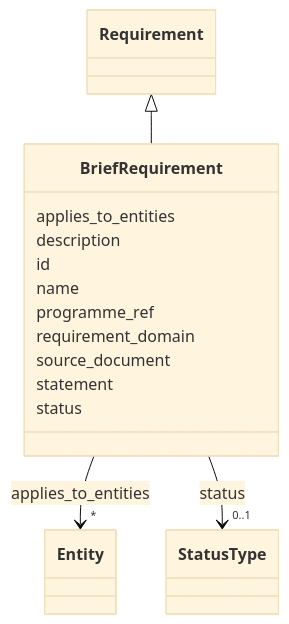
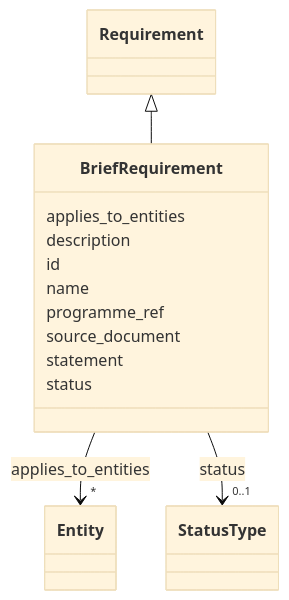
One commit to simondilhas/pragmatic-bim-schema changed the diagram in site/schema/.md-src/BriefRequirement.md. Above: the diagram before and after it, drawn with Mermaid (base theme). The commit also changed other lines of this file and 443 other files, not shown here.

````diff
--- a/site/schema/.md-src/BriefRequirement.md
+++ b/site/schema/.md-src/BriefRequirement.md
@@ -23,20 +23,19 @@
 ```mermaid
  classDiagram
     class BriefRequirement
     click BriefRequirement href "./BriefRequirement.html"
       Requirement <|-- BriefRequirement
         click Requirement href "./Requirement.html"
       BriefRequirement : applies_to_entities
         BriefRequirement --> "*" Entity : applies_to_entities
         click Entity href "./Entity.html"
       BriefRequirement : description
       BriefRequirement : id
       BriefRequirement : name
       BriefRequirement : programme_ref
-      BriefRequirement : requirement_domain
       BriefRequirement : source_document
       BriefRequirement : statement
       BriefRequirement : status
         BriefRequirement --> "0..1" StatusType : status
         click StatusType href "./StatusType.html"
 ```
````
